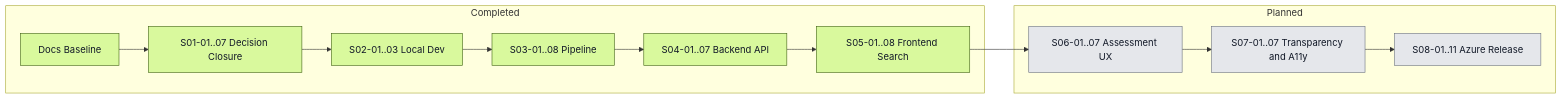
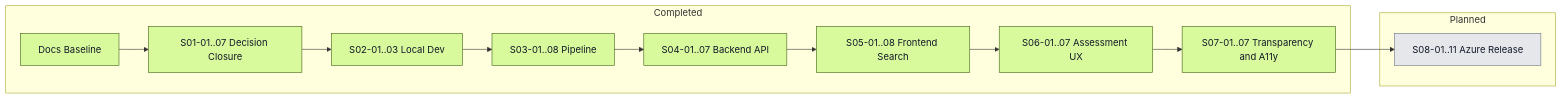
One commit to artemsemdev/SeaRise-Europe changed the second of 2 diagrams in docs/delivery/ROADMAP.md. Above: the diagram before and after it, drawn with Mermaid. The commit also changed other lines of this file and 27 other files, not shown here.

````diff
--- a/docs/delivery/ROADMAP.md
+++ b/docs/delivery/ROADMAP.md
@@ -215,25 +215,25 @@
 ```mermaid
 flowchart LR
     subgraph Completed
         B[Docs Baseline]
         W1[S01-01..07 Decision Closure]
         W2[S02-01..03 Local Dev]
         W3[S03-01..08 Pipeline]
         W4[S04-01..07 Backend API]
         W5[S05-01..08 Frontend Search]
+        W6[S06-01..07 Assessment UX]
+        W7[S07-01..07 Transparency and A11y]
     end
 
     subgraph Planned
-        W6[S06-01..07 Assessment UX]
-        W7[S07-01..07 Transparency and A11y]
         W8[S08-01..11 Azure Release]
     end
 
     B --> W1 --> W2 --> W3 --> W4 --> W5 --> W6 --> W7 --> W8
 
     classDef done fill:#d9f99d,stroke:#3f6212,color:#111827;
     classDef later fill:#e5e7eb,stroke:#6b7280,color:#111827;
 
-    class B,W1,W2,W3,W4,W5 done;
-    class W6,W7,W8 later;
+    class B,W1,W2,W3,W4,W5,W6,W7 done;
+    class W8 later;
 ```
````
